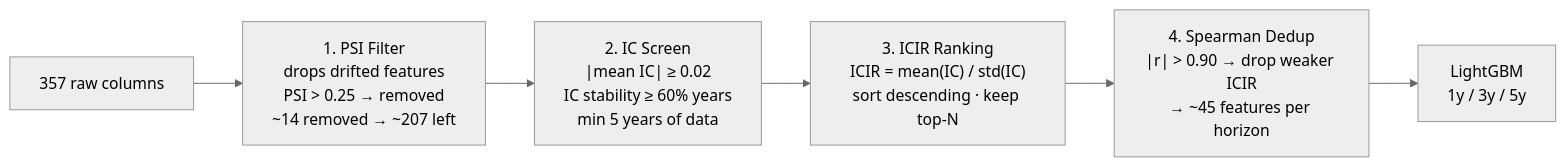
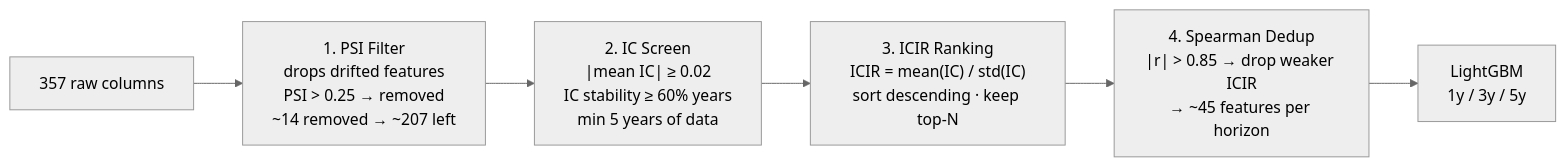
The diagram in docs/methodology/feature-selection.md (sherlock718/stock-fraud-screener), drawn with Mermaid (neutral theme) before and after one commit. The commit also changed other lines of this file and 8 other files, not shown here.

````diff
--- a/docs/methodology/feature-selection.md
+++ b/docs/methodology/feature-selection.md
@@ -9,8 +9,8 @@
 ```mermaid
 flowchart LR
     A["357 raw columns"] --> PSI["1. PSI Filter<br/>drops drifted features<br/>PSI > 0.25 → removed<br/>~14 removed → ~207 left"]
     PSI --> IC["2. IC Screen<br/>|mean IC| ≥ 0.02<br/>IC stability ≥ 60% years<br/>min 5 years of data"]
     IC --> ICIR["3. ICIR Ranking<br/>ICIR = mean(IC) / std(IC)<br/>sort descending · keep top-N"]
-    ICIR --> DEDUP["4. Spearman Dedup<br/>|r| > 0.90 → drop weaker ICIR<br/>→ ~45 features per horizon"]
+    ICIR --> DEDUP["4. Spearman Dedup<br/>|r| > 0.85 → drop weaker ICIR<br/>→ ~45 features per horizon"]
     DEDUP --> MODEL["LightGBM<br/>1y / 3y / 5y"]
 ```
````
